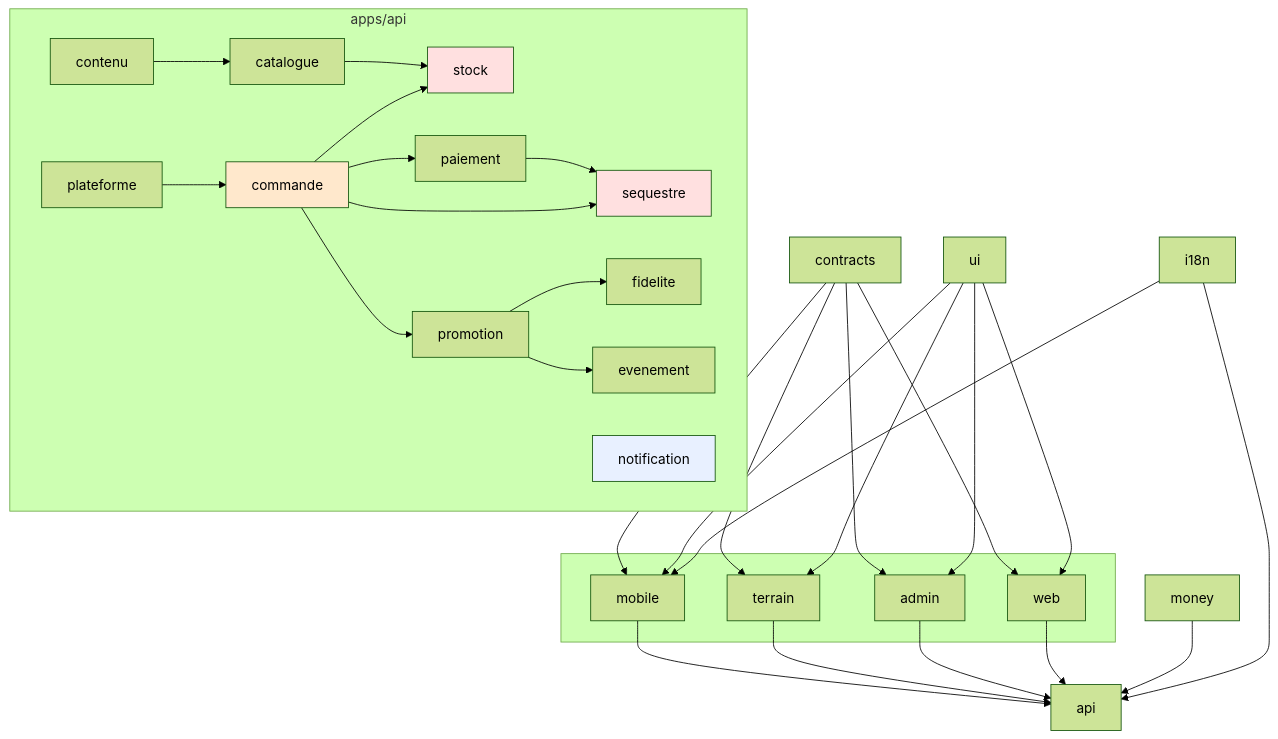
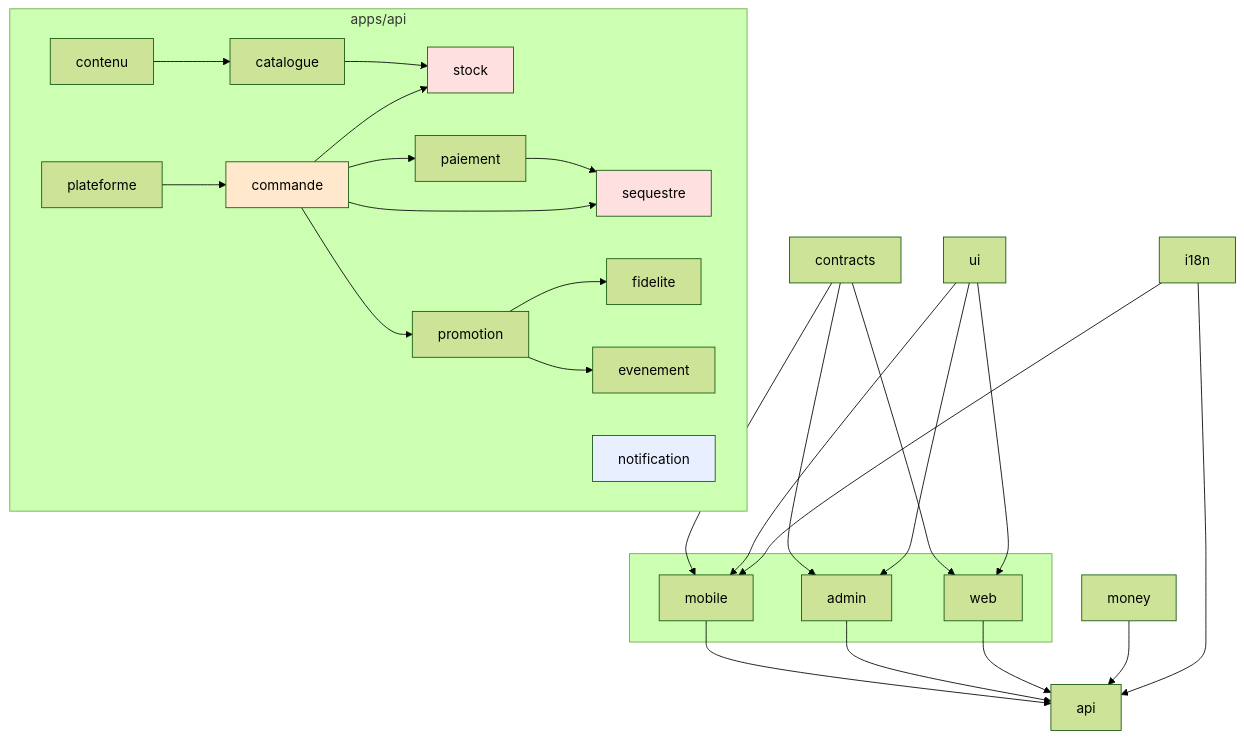
One commit to andokevin/jp changed the diagram in docs/ARCHITECTURE.md. Above: the diagram before and after it, drawn with Mermaid (forest theme). The commit also changed other lines of this file and 58 other files, not shown here.

````diff
--- a/docs/ARCHITECTURE.md
+++ b/docs/ARCHITECTURE.md
@@ -123,31 +122,31 @@
 ```mermaid
 flowchart TD
   subgraph clients[" "]
-    MOB[mobile] & TER[terrain] & ADM[admin] & WEB[web]
+    MOB[mobile] & ADM[admin] & WEB[web]
   end
-  CTR[contracts] --> MOB & TER & ADM & WEB
-  UI[ui] --> MOB & TER & ADM & WEB
-  MOB & TER & ADM & WEB --> API[api]
+  CTR[contracts] --> MOB & ADM & WEB
+  UI[ui] --> MOB & ADM & WEB
+  MOB & ADM & WEB --> API[api]
 
   subgraph api2["apps/api"]
     PLAT[plateforme] --> CMD[commande]
     CMD --> STK[stock]
     CMD --> PRM[promotion]
     CMD --> PAY[paiement]
     CMD --> SEQ[sequestre]
     PRM --> FID[fidelite]
     PRM --> EVT[evenement]
     PAY --> SEQ
     CAT[catalogue] --> STK
     CNT[contenu] --> CAT
     NOT[notification]
   end
 
   MNY[money] --> API
   I18[i18n] --> API & MOB
 
   style STK fill:#ffe0e0
   style CMD fill:#ffe8cc
   style SEQ fill:#ffe0e0
   style NOT fill:#e8f0ff
 ```
````
